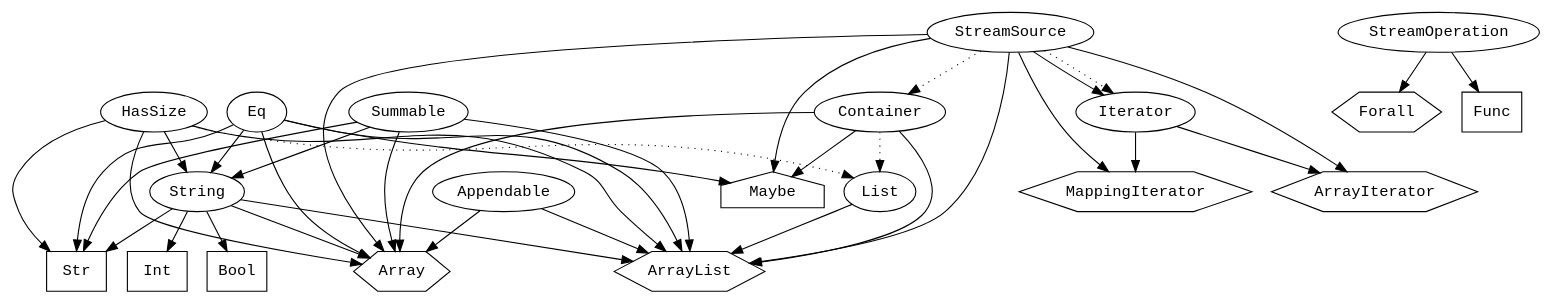
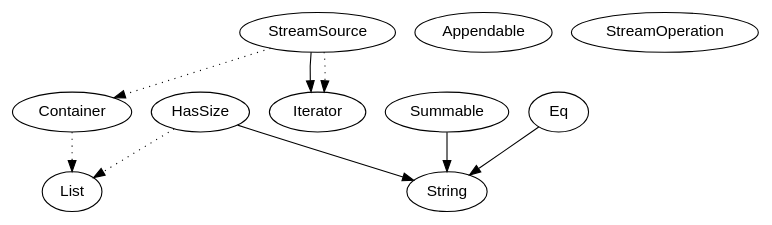
The diagram in doc/types.dot (fergusq/pscript), drawn with Graphviz before and after one commit. The commit also changed 3 other files, not shown here.

Commit message:
better test error messages + removed types from type graph

```diff
--- a/doc/types.dot
+++ b/doc/types.dot
@@ -1,78 +1,81 @@
 digraph G {
-    node [fontname="Monospace"]
+    node [fontname="sans-serif"]
     // Models
     String [shape="oval"]
     HasSize [shape="oval"]
     Container [shape="oval", group="collections"]
     List [shape="oval", group="collections"]
+    Appendable [shape="oval", group="collections"]
     Summable [shape="oval", group="collections"]
-    Appendable [shape="oval", group="collections"]
     
     StreamSource [shape="oval", group="pipes"]
+    StreamOperation [shape="oval", group="pipes"]
     Iterator [shape="oval", group="iterators"]
     
     // Structs
-    ArrayList [shape="hexagon", group="collections"]
-    Array [shape="hexagon", group="collections"]
-    ArrayIterator [shape="hexagon", group="iterators"]
-    MappingIterator [shape="hexagon", group="iterators"]
-    Forall [shape="hexagon", group="iterators"]
+    //ArrayList [shape="hexagon", group="collections"]
+    //Array [shape="hexagon", group="collections"]
+    //ArrayIterator [shape="hexagon", group="iterators"]
+    //MappingIterator [shape="hexagon", group="iterators"]
+    //Forall [shape="hexagon", group="pipes"]
+    //Fold [shape="hexagon", group="pipes"]
     
     // Enums
-    Maybe [shape="house", group="collections"]
+    //Maybe [shape="house", group="collections"]
     
     // Primitive types
-    Str [shape="box", group="primitives"]
-    Int [shape="box", group="primitives"]
-    Bool [shape="box", group="primitives"]
+    //Str [shape="box", group="primitives"]
+    //Int [shape="box", group="primitives"]
+    //Bool [shape="box", group="primitives"]
     //Char [shape="box", group="primitives"]
-    Func [shape="box", group="primitives"]
+    //Func [shape="box", group="primitives"]
     
-    String -> Int
-    String -> Bool
-    String -> Str
-    String -> Array
-    String -> ArrayList
+    //String -> Int
+    //String -> Bool
+    //String -> Str
+    //String -> Array
+    //String -> ArrayList
     
-    HasSize -> Str
+    //HasSize -> Str
     HasSize -> String
-    HasSize -> Array
-    HasSize -> ArrayList
+    //HasSize -> Array
+    //HasSize -> ArrayList
     
-    Eq -> Str
+    //Eq -> Str
     Eq -> String
-    Eq -> Array
-    Eq -> ArrayList
-    Eq -> Maybe
+    //Eq -> Array
+    //Eq -> ArrayList
+    //Eq -> Maybe
     
     StreamSource -> Container [style=dotted]
-    Container -> Array
-    Container -> ArrayList
-    Container -> Maybe
+    //Container -> Array
+    //Container -> ArrayList
+    //Container -> Maybe
     
-    List -> ArrayList
+    //List -> ArrayList
     HasSize -> List [style=dotted]
     Container -> List [style=dotted]
     
-    StreamSource -> Maybe
-    StreamSource -> Array
-    StreamSource -> ArrayList
+    //StreamSource -> Maybe
+    //StreamSource -> Array
+    //StreamSource -> ArrayList
     StreamSource -> Iterator
-    StreamSource -> ArrayIterator
-    StreamSource -> MappingIterator
+    //StreamSource -> ArrayIterator
+    //StreamSource -> MappingIterator
     
-    StreamOperation -> Func
-    StreamOperation -> Forall
+    //StreamOperation -> Func
+    //StreamOperation -> Fold
+    //StreamOperation -> Forall
     
-    Summable -> Str
+    //Summable -> Str
     Summable -> String
-    Summable -> Array
-    Summable -> ArrayList
+    //Summable -> Array
+    //Summable -> ArrayList
     
-    Appendable -> Array
-    Appendable -> ArrayList
+    //Appendable -> Array
+    //Appendable -> ArrayList
     
     StreamSource -> Iterator [style=dotted]
-    Iterator -> ArrayIterator
-    Iterator -> MappingIterator
+    //Iterator -> ArrayIterator
+    //Iterator -> MappingIterator
 }
```
